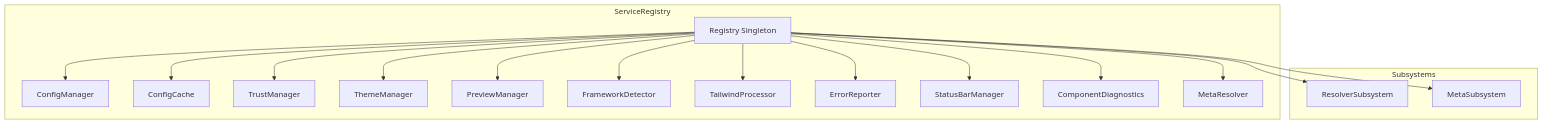
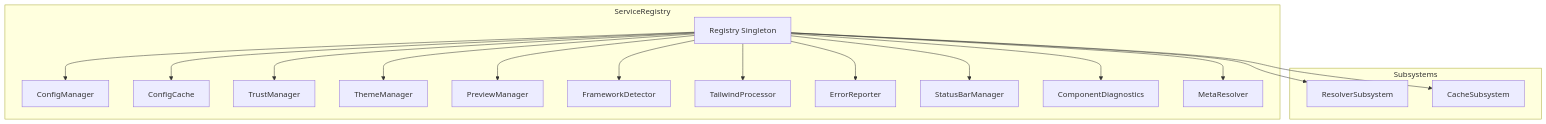
The fourth of 16 diagrams in docs/architecture.mdx (ggfincke/vsc-mdx-preview), drawn with Mermaid before and after one commit. The commit also changed other lines of this file and 6 other files, not shown here.

````diff
--- a/docs/architecture.mdx
+++ b/docs/architecture.mdx
@@ -219,25 +219,25 @@
 ```mermaid
 graph TD
     subgraph "ServiceRegistry"
         REG[Registry Singleton]
         REG --> CM[ConfigManager]
         REG --> CC[ConfigCache]
         REG --> TM[TrustManager]
         REG --> ThM[ThemeManager]
         REG --> PM[PreviewManager]
         REG --> FD[FrameworkDetector]
         REG --> TP[TailwindProcessor]
         REG --> ER[ErrorReporter]
         REG --> SB[StatusBarManager]
         REG --> CD[ComponentDiagnostics]
         REG --> MR[MetaResolver]
     end
 
     subgraph "Subsystems"
         RS[ResolverSubsystem]
-        MS[MetaSubsystem]
+        CS[CacheSubsystem]
     end
 
     REG --> RS
-    REG --> MS
+    REG --> CS
 ```
````
